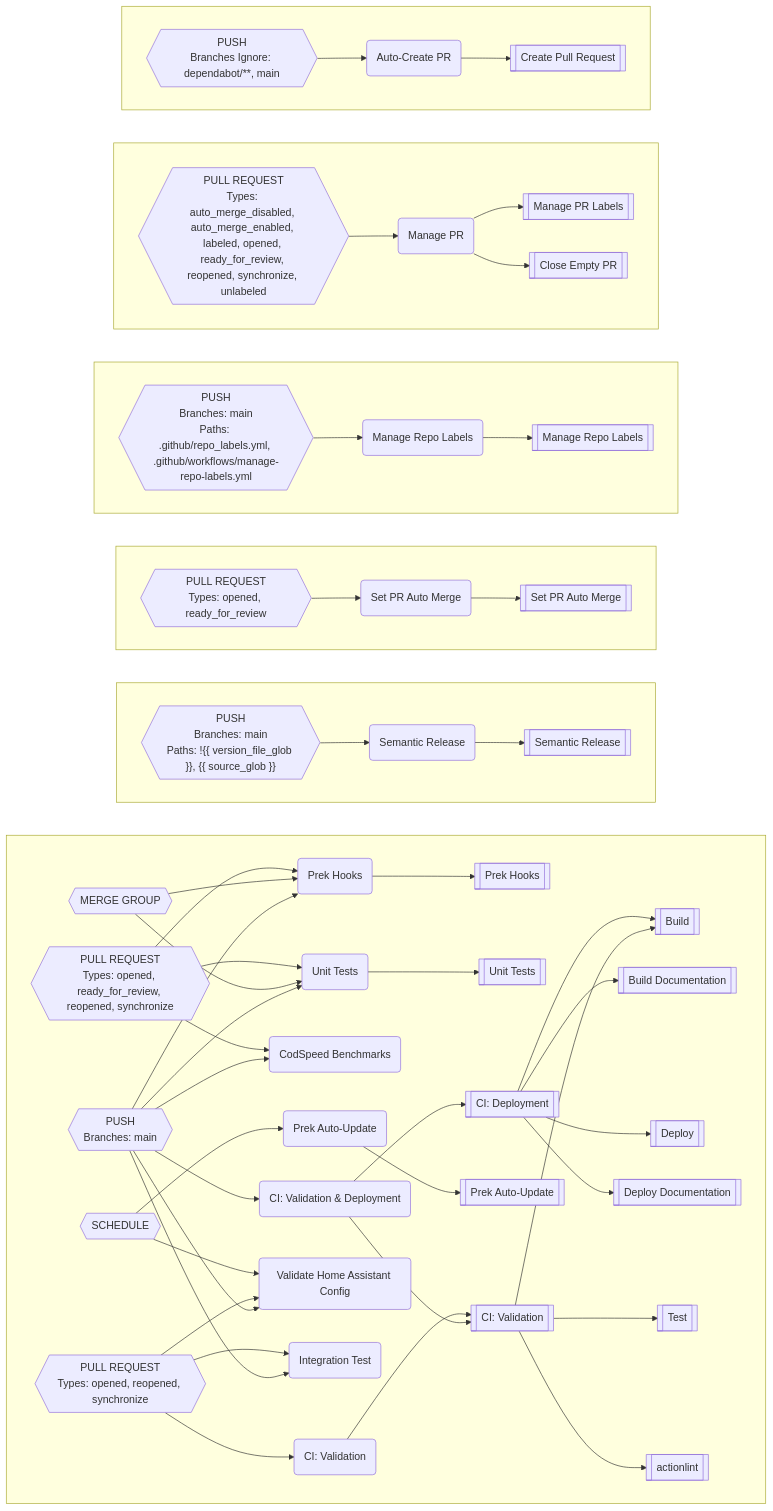
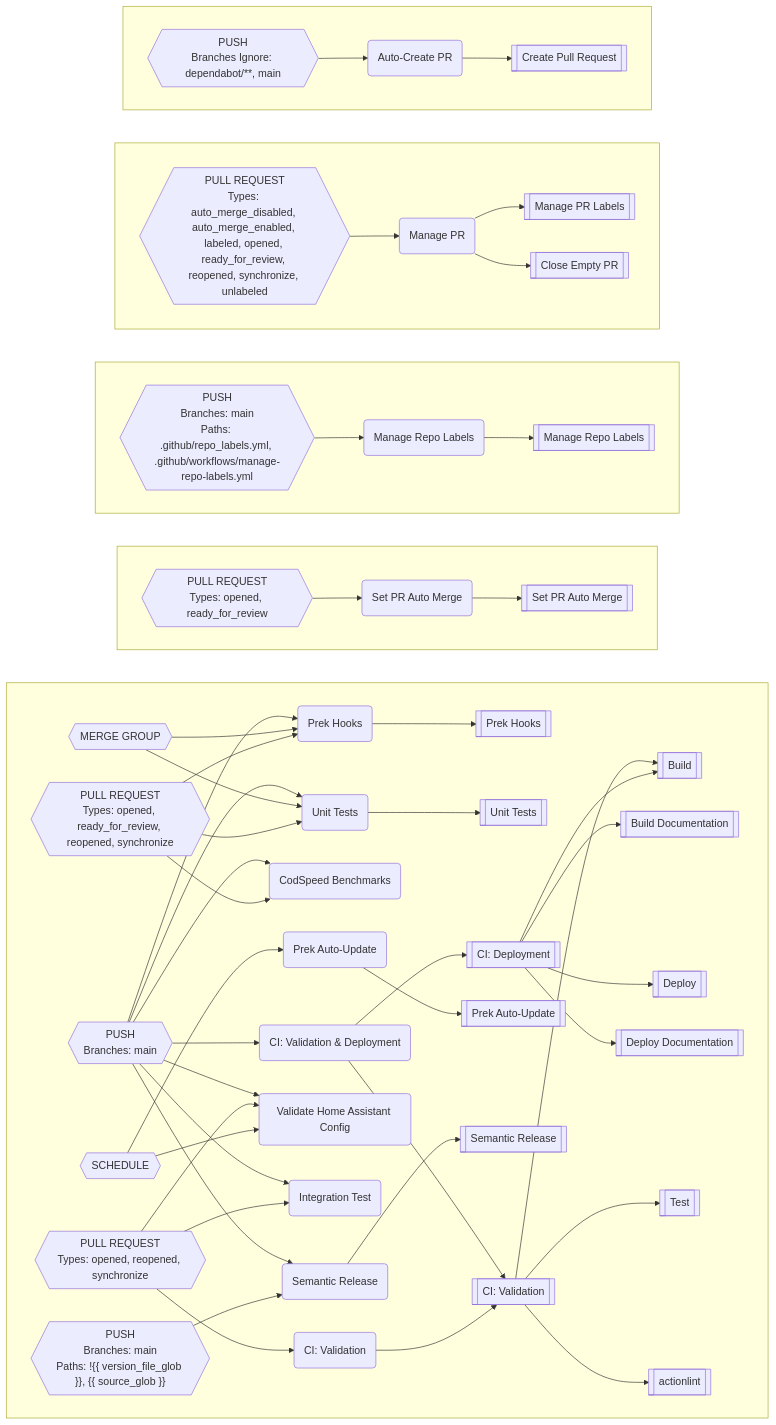
The diagram in README.md (worganisation/github-config-files), drawn with Mermaid before and after one commit. The commit also changed other lines of this file and 3 other files, not shown here.

````diff
--- a/README.md
+++ b/README.md
@@ -324,29 +325,32 @@
 ```mermaid
 flowchart LR
-subgraph EE[" "]
+subgraph EJ[" "]
 direction LR
-DI-->DX
-DI-->DM
-DI-->DH
-DM-->BC
-DN-->DX
+DN-->EC
+DN-->DR
 DN-->DM
-DX-->BO
-DD-->V
+DR-->BC
+DS-->EC
+DS-->DR
+EC-->BO
+DI-->V
 CE-->AZ
-CF-->CM
+CF-->CR
 CF-->CE
-DF-->DD
-DF-->CU
+DK-->DI
+DK-->CZ
+DK-->CR
+DY-->CM
+CM-->BF
+DF-->EC
+DF-->DR
+DF-->DM
+DF-->DE
+DF-->CZ
+DF-->CR
 DF-->CM
-DA-->DX
-DA-->DM
-DA-->DH
-DA-->CZ
-DA-->CU
-DA-->CM
-CZ-->V
-CZ-->M
+DE-->V
+DE-->M
 M-->I
 M-->E
 M-->AN
@@ -355,28 +359,23 @@
 V-->BL
 V-->A
 end
-subgraph EF[" "]
-direction LR
-DT-->DS
-DS-->BF
-end
-subgraph EG[" "]
+subgraph EK[" "]
 direction LR
 CJ-->CI
 CI-->BI
 end
-subgraph EH[" "]
+subgraph EL[" "]
 direction LR
 CB-->CA
 CA-->AW
 end
-subgraph EI[" "]
+subgraph EM[" "]
 direction LR
 BW-->BV
 BV-->AT
 BV-->AB
 end
-subgraph EJ[" "]
+subgraph EN[" "]
 direction LR
 BS-->BR
 BR-->AF
@@ -413,28 +412,28 @@
 CJ{{"PULL REQUEST
 Types: opened, ready_for_review
 "}}
-CM("Validate Home Assistant Config")
-CU("Integration Test")
-CZ("CI: Validation & Deployment")
-DA{{"PUSH
+CM("Semantic Release")
+CR("Validate Home Assistant Config")
+CZ("Integration Test")
+DE("CI: Validation & Deployment")
+DF{{"PUSH
 Branches: main
 "}}
-DD("CI: Validation")
-DF{{"PULL REQUEST
+DI("CI: Validation")
+DK{{"PULL REQUEST
 Types: opened, reopened, synchronize
 "}}
-DH("CodSpeed Benchmarks")
-DI{{"PULL REQUEST
+DM("CodSpeed Benchmarks")
+DN{{"PULL REQUEST
 Types: opened, ready_for_review, reopened, synchronize
 "}}
-DM("Prek Hooks")
-DN{{"MERGE GROUP"}}
-DS("Semantic Release")
-DT{{"PUSH
+DR("Prek Hooks")
+DS{{"MERGE GROUP"}}
+DY{{"PUSH
 Branches: main
 Paths: !{{ version_file_glob }}, {{ source_glob }}
 "}}
-DX("Unit Tests")
+EC("Unit Tests")
 E[["Build Documentation"]]
 I[["Build"]]
 M[["CI: Deployment"]]
````
